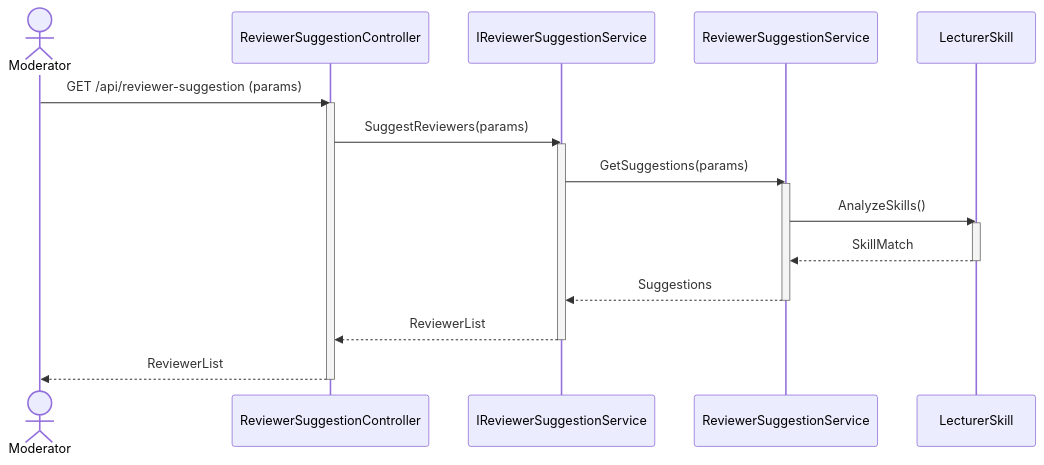
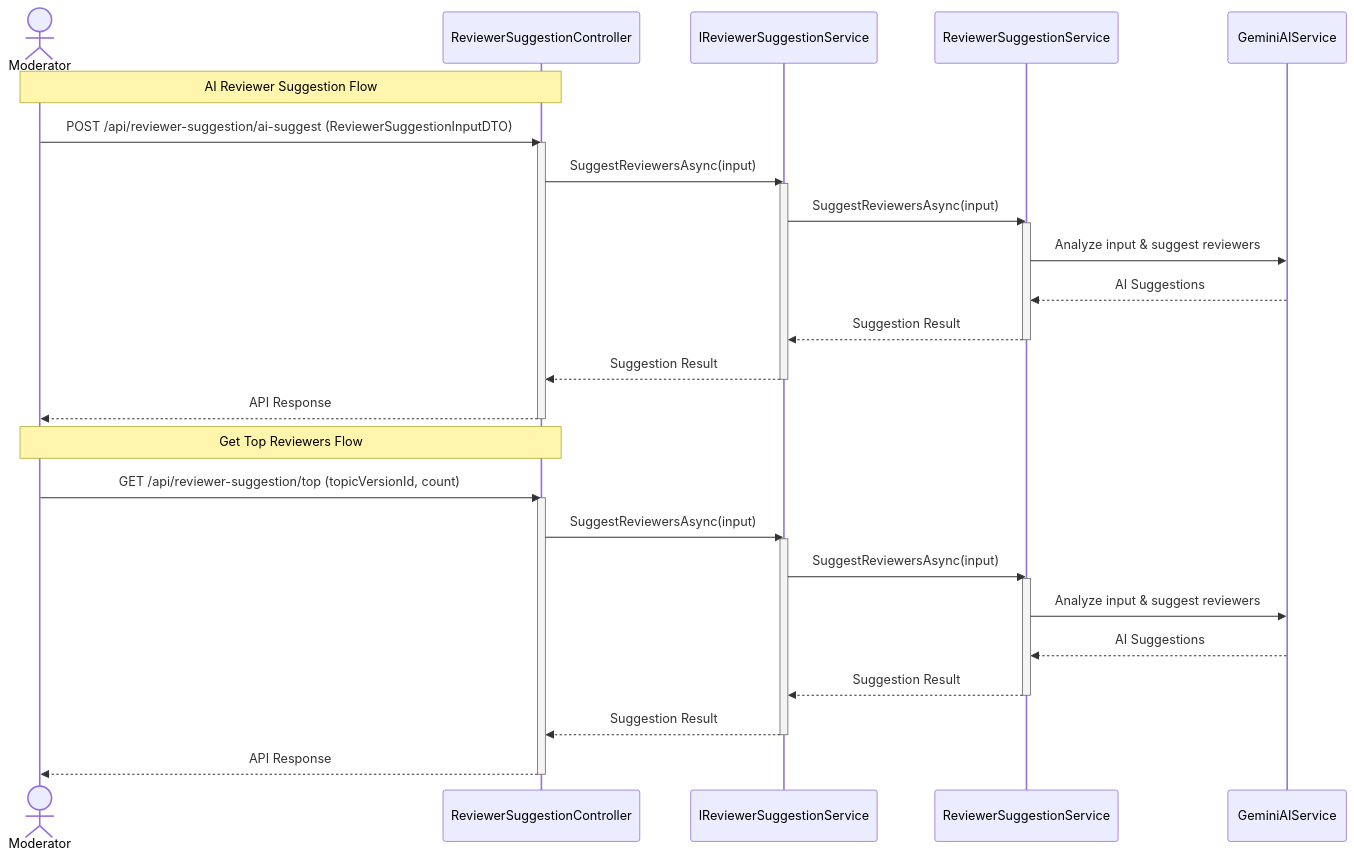
Before and after one commit to CapBotAI/CBAI_API: the diagram in Diagram/07_ReviewerSuggestion/sequence.mermaid, drawn with Mermaid. The commit also changed 10 other files, not shown here.

Commit message:
Refactor diagrams for TopicVersion, Submission, ReviewerSuggestion, ReviewerAssignment, and Review modules

```diff
--- a/Diagram/07_ReviewerSuggestion/sequence.mermaid
+++ b/Diagram/07_ReviewerSuggestion/sequence.mermaid
@@ -1,23 +1,38 @@
 sequenceDiagram
     actor Moderator
     participant ReviewerSuggestionController
     participant IReviewerSuggestionService
     participant ReviewerSuggestionService
-    participant LecturerSkill
+    participant GeminiAIService
 
-    Moderator->>ReviewerSuggestionController: GET /api/reviewer-suggestion (params)
+    Note over Moderator, ReviewerSuggestionController: AI Reviewer Suggestion Flow
+    Moderator->>ReviewerSuggestionController: POST /api/reviewer-suggestion/ai-suggest (ReviewerSuggestionInputDTO)
     activate ReviewerSuggestionController
-    ReviewerSuggestionController->>IReviewerSuggestionService: SuggestReviewers(params)
+    ReviewerSuggestionController->>IReviewerSuggestionService: SuggestReviewersAsync(input)
     activate IReviewerSuggestionService
-    IReviewerSuggestionService->>ReviewerSuggestionService: GetSuggestions(params)
+    IReviewerSuggestionService->>ReviewerSuggestionService: SuggestReviewersAsync(input)
     activate ReviewerSuggestionService
-    ReviewerSuggestionService->>LecturerSkill: AnalyzeSkills()
-    activate LecturerSkill
-    LecturerSkill-->>ReviewerSuggestionService: SkillMatch
-    deactivate LecturerSkill
-    ReviewerSuggestionService-->>IReviewerSuggestionService: Suggestions
+    ReviewerSuggestionService->>GeminiAIService: Analyze input & suggest reviewers
+    GeminiAIService-->>ReviewerSuggestionService: AI Suggestions
+    ReviewerSuggestionService-->>IReviewerSuggestionService: Suggestion Result
     deactivate ReviewerSuggestionService
-    IReviewerSuggestionService-->>ReviewerSuggestionController: ReviewerList
+    IReviewerSuggestionService-->>ReviewerSuggestionController: Suggestion Result
     deactivate IReviewerSuggestionService
-    ReviewerSuggestionController-->>Moderator: ReviewerList
+    ReviewerSuggestionController-->>Moderator: API Response
     deactivate ReviewerSuggestionController
+
+    Note over Moderator, ReviewerSuggestionController: Get Top Reviewers Flow
+    Moderator->>ReviewerSuggestionController: GET /api/reviewer-suggestion/top (topicVersionId, count)
+    activate ReviewerSuggestionController
+    ReviewerSuggestionController->>IReviewerSuggestionService: SuggestReviewersAsync(input)
+    activate IReviewerSuggestionService
+    IReviewerSuggestionService->>ReviewerSuggestionService: SuggestReviewersAsync(input)
+    activate ReviewerSuggestionService
+    ReviewerSuggestionService->>GeminiAIService: Analyze input & suggest reviewers
+    GeminiAIService-->>ReviewerSuggestionService: AI Suggestions
+    ReviewerSuggestionService-->>IReviewerSuggestionService: Suggestion Result
+    deactivate ReviewerSuggestionService
+    IReviewerSuggestionService-->>ReviewerSuggestionController: Suggestion Result
+    deactivate IReviewerSuggestionService
+    ReviewerSuggestionController-->>Moderator: API Response
+    deactivate ReviewerSuggestionController
```
